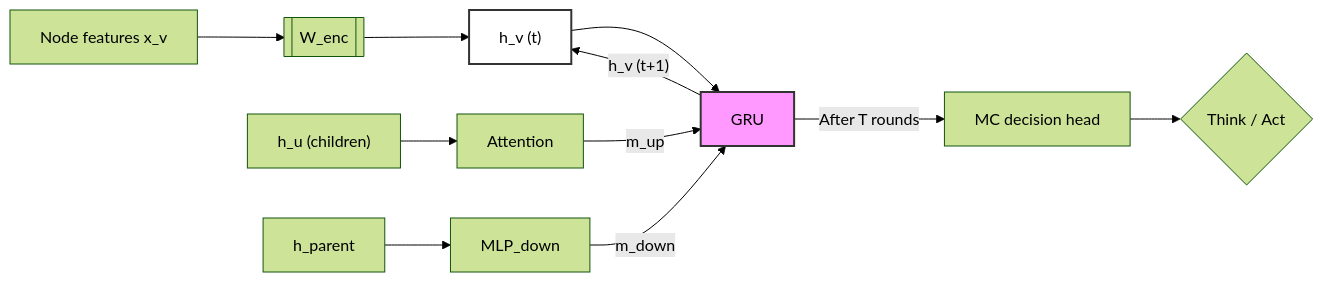
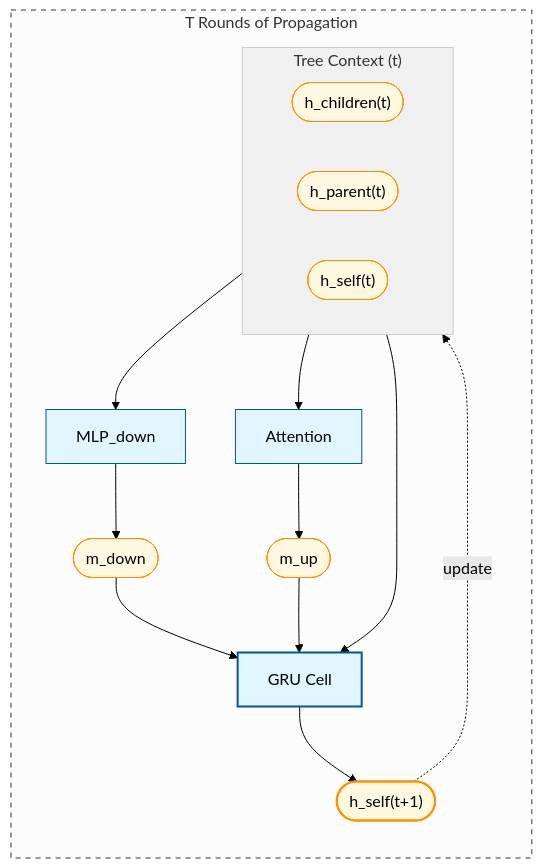
Before and after one commit to WeiJiMaLab/chess_analysis: the diagram in project.md, drawn with Mermaid (forest theme).

Commit message:
Updating flowchart

````diff
--- a/project.md
+++ b/project.md
@@ -11,26 +11,51 @@
 ```mermaid
-flowchart LR
-    %% Input Layer
-    Xv["Node features x_v"] --> Wenc[[W_enc]]
-    Wenc --> Hv["h_v (t)"]
+flowchart TD
+    subgraph T_Rounds ["T Rounds of Propagation"]
+        direction TB
 
-    %% Hidden State Update Loop
-    Hv --> GRU["GRU"]
-    
-    %% Bottom-Up Message (Subtree)
-    Hu["h_u (children)"] --> Attn["Attention"]
-    Attn -->|"m_up"| GRU
-    
-    %% Top-Down Message (Context)
-    Hpar["h_parent"] --> Mdown["MLP_down"]
-    Mdown -->|"m_down"| GRU
+        %% Inputs for the current round (VECTORS)
+        subgraph Context_t ["Tree Context (t)"]
+            direction LR
+            H_children(["h_children(t)"])
+            H_parent(["h_parent(t)"])
+            H_self(["h_self(t)"])
+        end
 
-    %% Recurrence and Output
-    GRU -->|"h_v (t+1)"| Hv
-    GRU -- "After T rounds" --> Head["MC decision head"]
-    Head --> Out{Think / Act}
+        %% Message Generation (MODULES)
+        H_parent --> MLP_Mod["MLP_down"]
+        H_children --> Attn_Mod["Attention"]
+        
+        %% Intermediate Messages (VECTORS)
+        MLP_Mod --> M_down(["m_down"])
+        Attn_Mod --> M_up(["m_up"])
 
-    %% Styling
-    style GRU fill:#f9f,stroke:#333,stroke-width:2px
-    style Hv fill:#fff,stroke:#333,stroke-width:2px
+        %% The State Update (MODULE)
+        H_self --> GRU_Mod["GRU Cell"]
+        M_down --> GRU_Mod
+        M_up --> GRU_Mod
+
+        %% Result (VECTOR)
+        GRU_Mod --> Hself_next(["h_self(t+1)"])
+
+        %% Global Synchronous Update
+        Hself_next -.->|"update"| Context_t
+    end
+
+    %% Styling for Distinction
+    %% Modules: Blue/Cool
+    style GRU_Mod fill:#e1f5fe,stroke:#01579b,stroke-width:2px
+    style MLP_Mod fill:#e1f5fe,stroke:#01579b,stroke-width:1px
+    style Attn_Mod fill:#e1f5fe,stroke:#01579b,stroke-width:1px
+
+    %% Vectors: Amber/Warm
+    style H_children fill:#fff8e1,stroke:#ff8f00,stroke-width:1px
+    style H_parent fill:#fff8e1,stroke:#ff8f00,stroke-width:1px
+    style H_self fill:#fff8e1,stroke:#ff8f00,stroke-width:1px
+    style M_down fill:#fff8e1,stroke:#ff8f00,stroke-width:1px
+    style M_up fill:#fff8e1,stroke:#ff8f00,stroke-width:1px
+    style Hself_next fill:#fff8e1,stroke:#ff8f00,stroke-width:2px
+
+    %% Container
+    style T_Rounds fill:#fcfcfc,stroke:#333,stroke-dasharray: 5 5
+    style Context_t fill:#f0f0f0,stroke:#ccc
 ```
````
